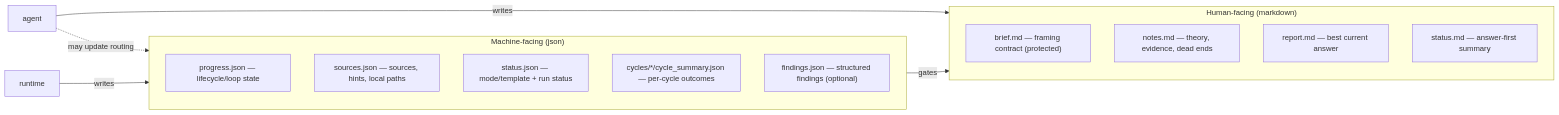
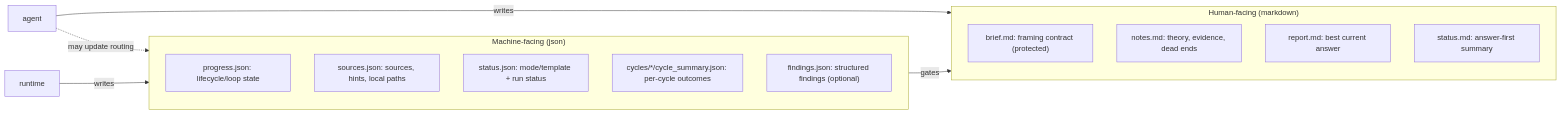
Before and after one commit to adamthuvesen/agentic-research-loop: the third of 3 diagrams in .agents/docs/architecture.md, drawn with Mermaid. The commit also changed other lines of this file and 64 other files, not shown here.

First line of the commit message:
refactor: enforce current state contract (#8)

````diff
--- a/.agents/docs/architecture.md
+++ b/.agents/docs/architecture.md
@@ -221,24 +214,24 @@
 ```mermaid
 flowchart LR
   subgraph human ["Human-facing (markdown)"]
     direction TB
-    brief["brief.md — framing contract (protected)"]
-    notes["notes.md — theory, evidence, dead ends"]
-    report["report.md — best current answer"]
-    statusmd["status.md — answer-first summary"]
+    brief["brief.md: framing contract (protected)"]
+    notes["notes.md: theory, evidence, dead ends"]
+    report["report.md: best current answer"]
+    statusmd["status.md: answer-first summary"]
   end
 
   subgraph machine ["Machine-facing (json)"]
     direction TB
-    progress["progress.json — lifecycle/loop state"]
-    sourcesj["sources.json — sources, hints, local paths"]
-    statusj["status.json — mode/template + run status"]
-    summaries["cycles/*/cycle_summary.json — per-cycle outcomes"]
-    findings["findings.json — structured findings (optional)"]
+    progress["progress.json: lifecycle/loop state"]
+    sourcesj["sources.json: sources, hints, local paths"]
+    statusj["status.json: mode/template + run status"]
+    summaries["cycles/*/cycle_summary.json: per-cycle outcomes"]
+    findings["findings.json: structured findings (optional)"]
   end
 
   runtime["runtime"] -->|writes| machine
   agentNode["agent"] -->|writes| human
   agentNode -.->|may update routing| sourcesj
   progress -->|gates| statusmd
 ```
````
